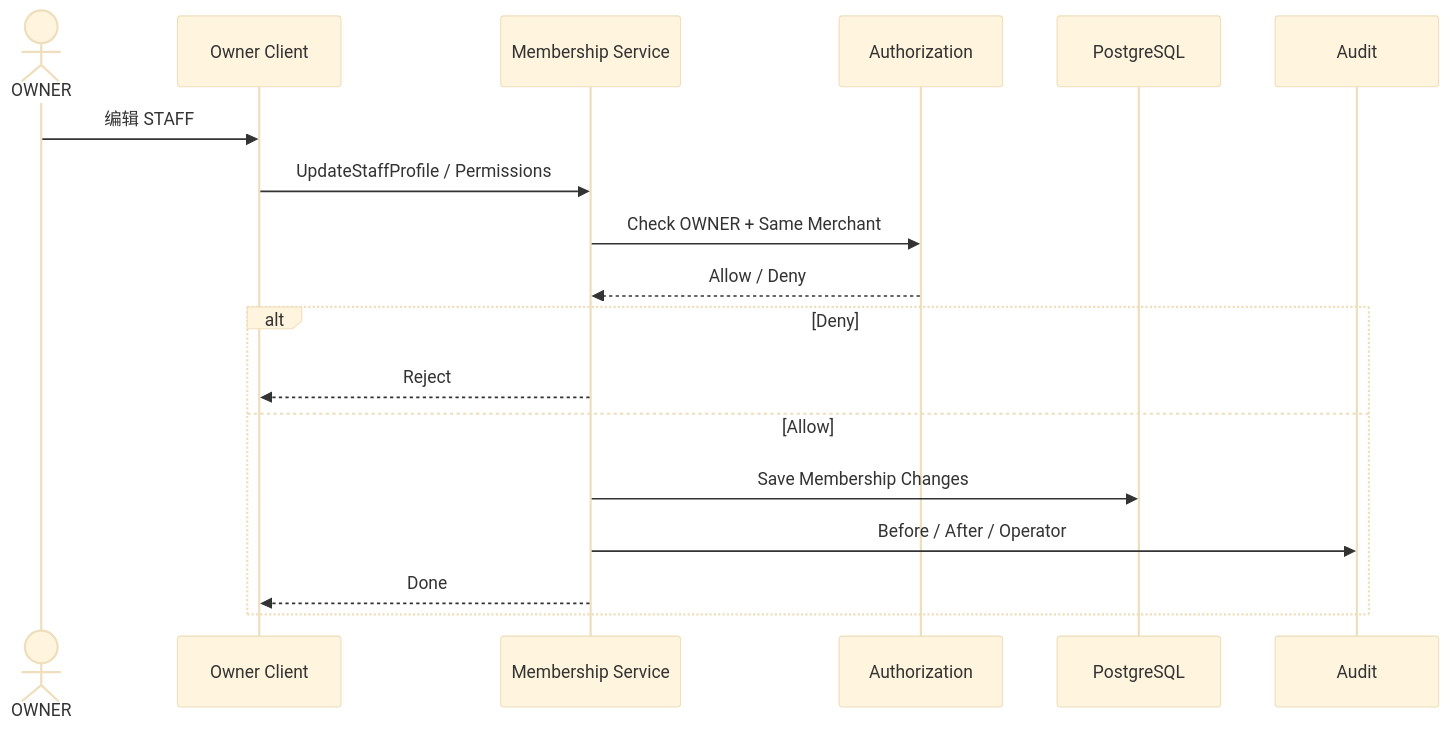
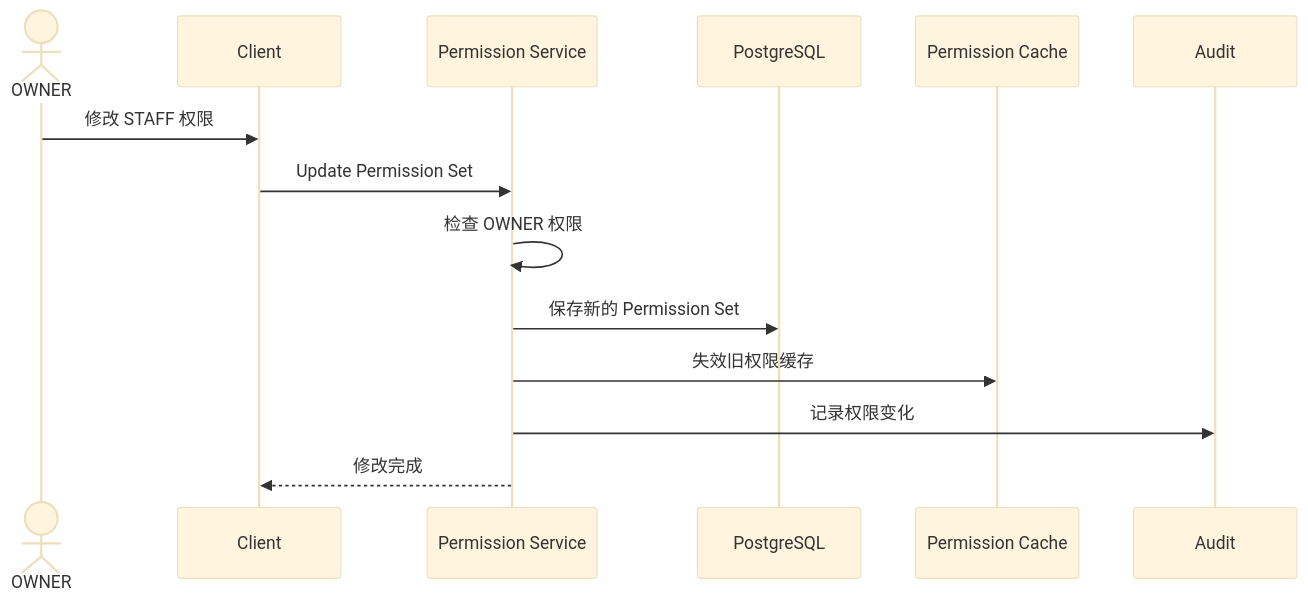
The fifth of 8 diagrams in docs/system-design/01-账户与身份/03-用户资料与账号管理.md (sxyq/mastergoods), drawn with Mermaid (base theme) before and after one commit. The commit also changed other lines of this file and 12 other files, not shown here.

Commit message:
docs(system-design): sync detailed design and explain flows

````diff
--- a/docs/system-design/01-账户与身份/03-用户资料与账号管理.md
+++ b/docs/system-design/01-账户与身份/03-用户资料与账号管理.md
@@ -236,22 +169,19 @@
 ```mermaid
 sequenceDiagram
     actor O as OWNER
-    participant C as Owner Client
-    participant MEMBER as Membership Service
-    participant AUTH as Authorization
+    participant C as Client
+    participant P as Permission Service
     participant DB as PostgreSQL
+    participant CACHE as Permission Cache
     participant AUDIT as Audit
 
-    O->>C: 编辑 STAFF
-    C->>MEMBER: UpdateStaffProfile / Permissions
-    MEMBER->>AUTH: Check OWNER + Same Merchant
-    AUTH-->>MEMBER: Allow / Deny
+    O->>C: 修改 STAFF 权限
+    C->>P: Update Permission Set
 
-    alt Deny
-        MEMBER-->>C: Reject
-    else Allow
-        MEMBER->>DB: Save Membership Changes
-        MEMBER->>AUDIT: Before / After / Operator
-        MEMBER-->>C: Done
-    end
+    P->>P: 检查 OWNER 权限
+    P->>DB: 保存新的 Permission Set
+    P->>CACHE: 失效旧权限缓存
+    P->>AUDIT: 记录权限变化
+
+    P-->>C: 修改完成
 ```
````
